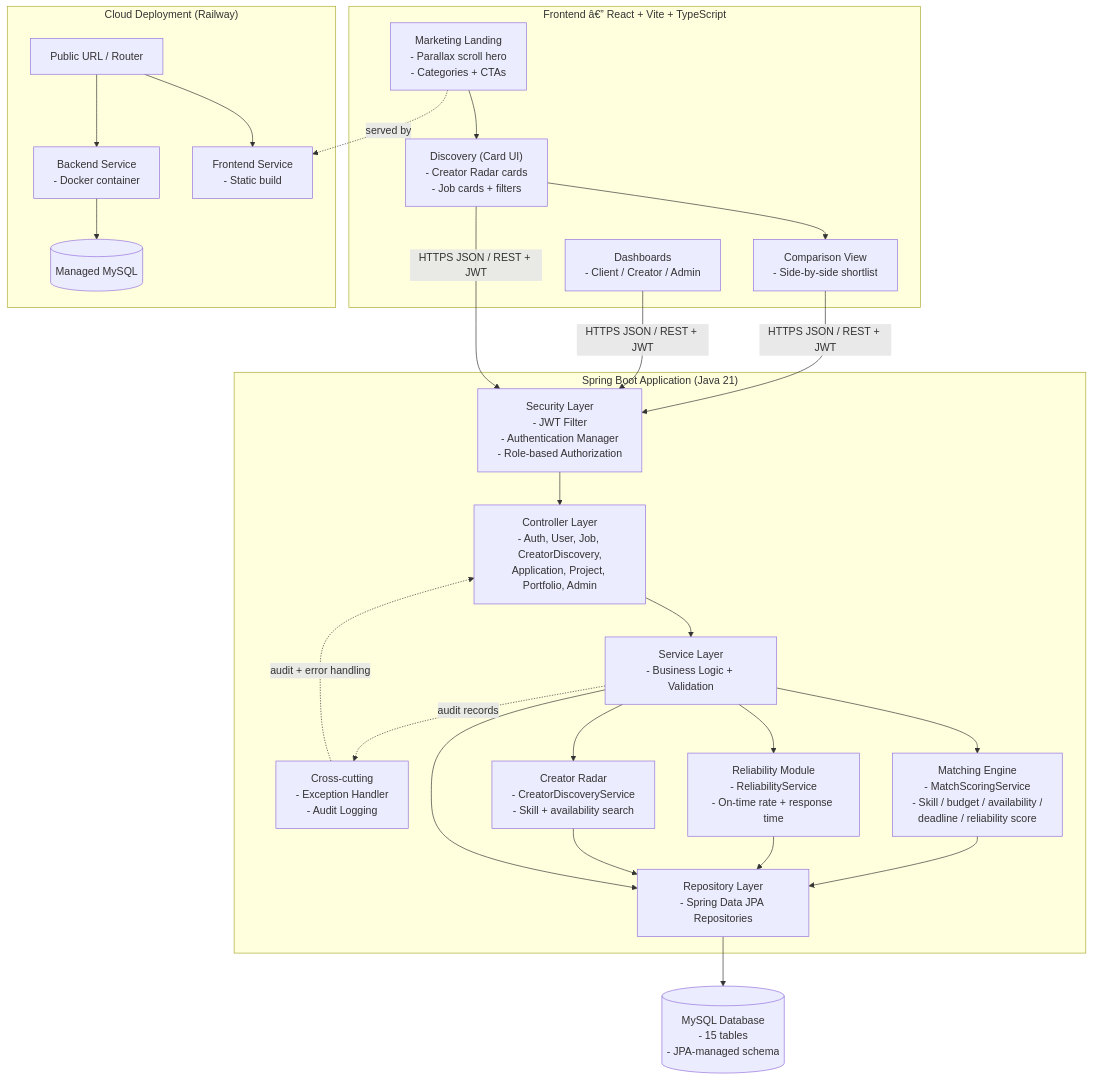
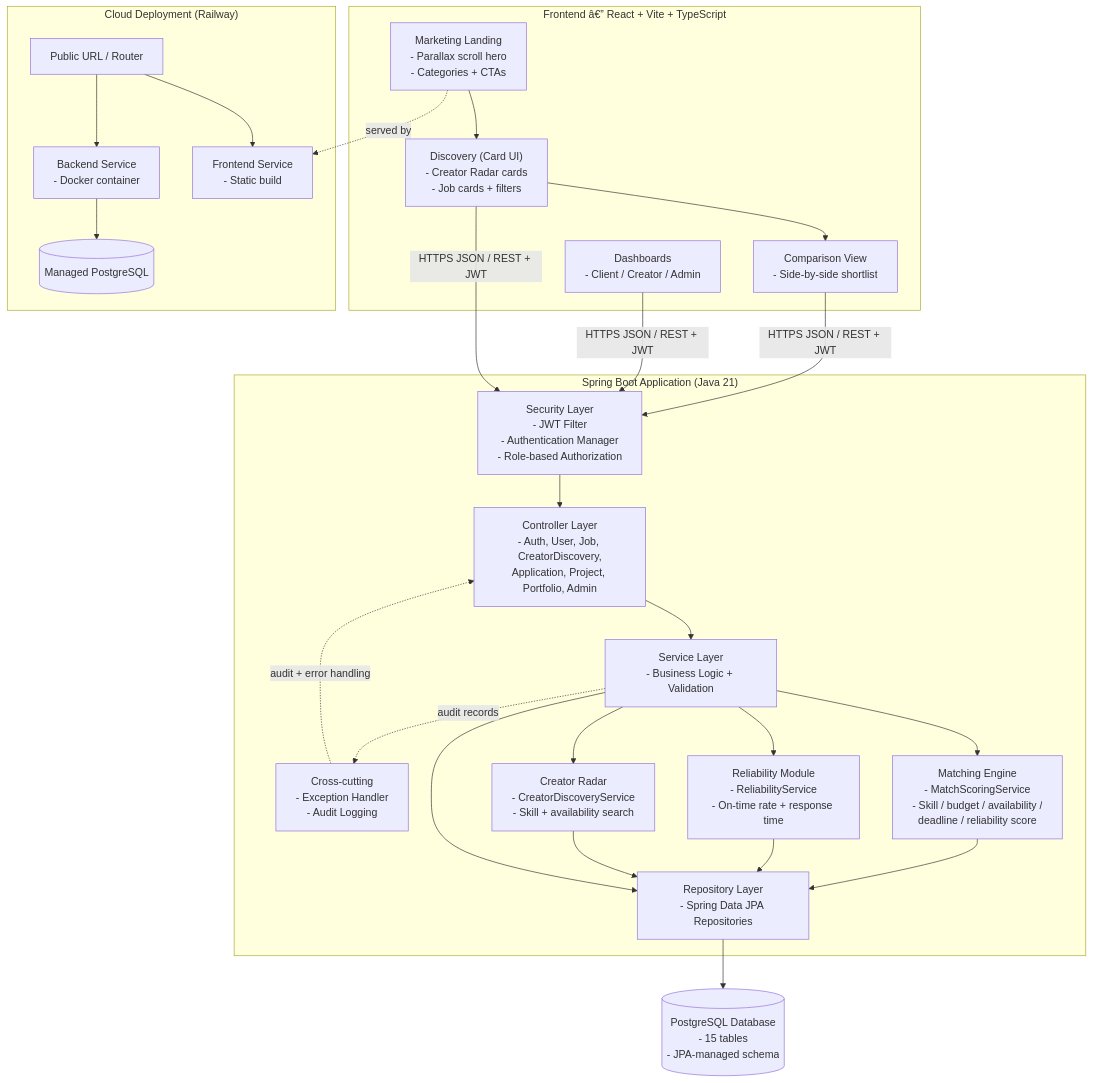
One commit to hanush301102-sudo/capstone changed the diagram in docs/diagrams/system-architecture.mmd. Above: the diagram before and after it, drawn with Mermaid. The commit also changed 10 other files, not shown here.

Commit message:
feat(backend): switch prod database from MySQL to PostgreSQL

```diff
--- a/docs/diagrams/system-architecture.mmd
+++ b/docs/diagrams/system-architecture.mmd
@@ -1,49 +1,49 @@
 flowchart TB
     subgraph FRONTEND["Frontend â€” React + Vite + TypeScript"]
         LANDING["Marketing Landing\n- Parallax scroll hero\n- Categories + CTAs"]
         MARKET["Discovery (Card UI)\n- Creator Radar cards\n- Job cards + filters"]
         COMPARE["Comparison View\n- Side-by-side shortlist"]
         DASH["Dashboards\n- Client / Creator / Admin"]
     end
 
     subgraph BACKEND["Spring Boot Application (Java 21)"]
         SEC["Security Layer\n- JWT Filter\n- Authentication Manager\n- Role-based Authorization"]
         CTRL["Controller Layer\n- Auth, User, Job, CreatorDiscovery,\nApplication, Project, Portfolio, Admin"]
         SVC["Service Layer\n- Business Logic + Validation"]
         MATCH["Matching Engine\n- MatchScoringService\n- Skill / budget / availability /\ndeadline / reliability score"]
         REL["Reliability Module\n- ReliabilityService\n- On-time rate + response time"]
         RADAR["Creator Radar\n- CreatorDiscoveryService\n- Skill + availability search"]
         REPO["Repository Layer\n- Spring Data JPA Repositories"]
         XCUT["Cross-cutting\n- Exception Handler\n- Audit Logging"]
     end
 
-    DB[("MySQL Database\n- 15 tables\n- JPA-managed schema")]
+    DB[("PostgreSQL Database\n- 15 tables\n- JPA-managed schema")]
 
     LANDING --> MARKET
     MARKET --> COMPARE
     MARKET -->|"HTTPS JSON / REST + JWT"| SEC
     COMPARE -->|"HTTPS JSON / REST + JWT"| SEC
     DASH -->|"HTTPS JSON / REST + JWT"| SEC
     SEC --> CTRL
     CTRL --> SVC
     SVC --> MATCH
     SVC --> REL
     SVC --> RADAR
     MATCH --> REPO
     REL --> REPO
     RADAR --> REPO
     SVC --> REPO
     REPO --> DB
     XCUT -.->|"audit + error handling"| CTRL
     SVC -.->|"audit records"| XCUT
 
     subgraph CLOUD["Cloud Deployment (Railway)"]
         FE["Frontend Service\n- Static build"]
         BE["Backend Service\n- Docker container"]
-        MYSQL[("Managed MySQL")]
+        PG[("Managed PostgreSQL")]
         LB["Public URL / Router"]
     end
     LANDING -.->|"served by"| FE
-    BE --> MYSQL
+    BE --> PG
     LB --> FE
     LB --> BE
```
